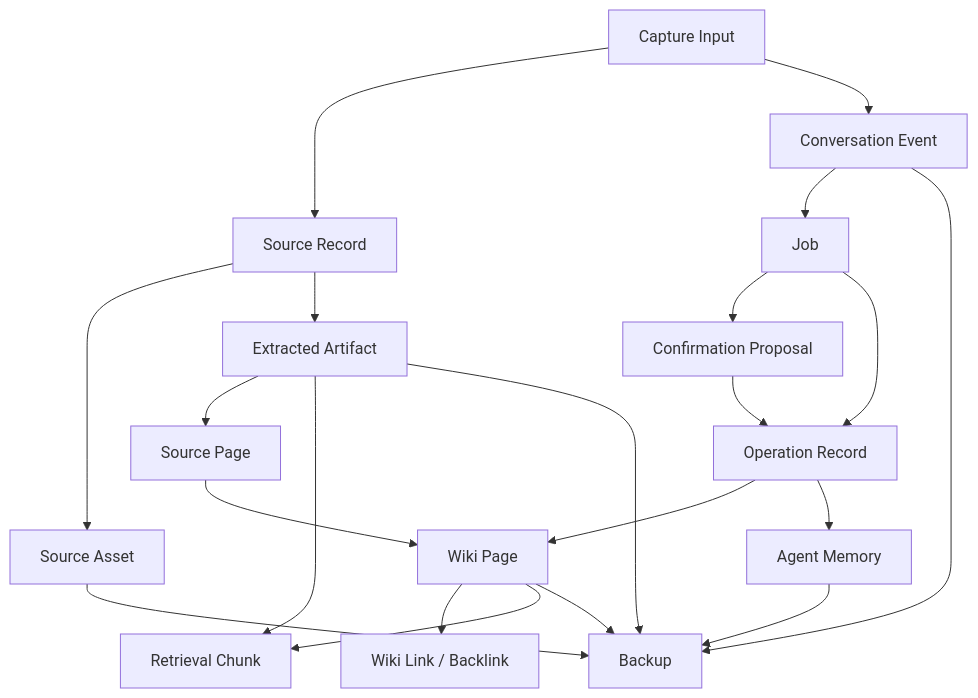
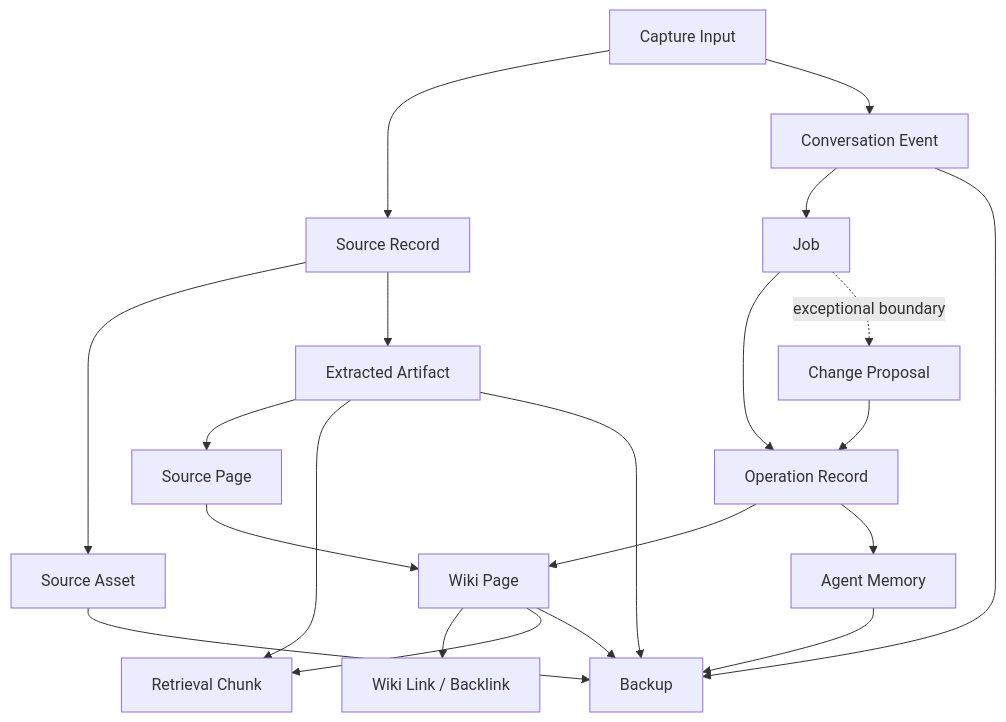
One commit to YinsenW/Pige changed the diagram in docs/DOMAIN_MODEL.md. Above: the diagram before and after it, drawn with Mermaid. The commit also changed other lines of this file and 62 other files, not shown here.

````diff
--- a/docs/DOMAIN_MODEL.md
+++ b/docs/DOMAIN_MODEL.md
@@ -14,23 +14,23 @@
 ```mermaid
 flowchart TD
   Capture["Capture Input"] --> Source["Source Record"]
   Source --> SourceAsset["Source Asset"]
   Source --> Artifact["Extracted Artifact"]
   Artifact --> SourcePage["Source Page"]
   Artifact --> Chunk["Retrieval Chunk"]
   SourcePage --> WikiPage["Wiki Page"]
   WikiPage --> Link["Wiki Link / Backlink"]
   WikiPage --> Chunk
   Capture --> Conversation["Conversation Event"]
   Conversation --> Job["Job"]
-  Job --> Proposal["Confirmation Proposal"]
   Job --> Operation["Operation Record"]
+  Job -. exceptional boundary .-> Proposal["Change Proposal"]
   Proposal --> Operation
   Operation --> WikiPage
   Operation --> Memory["Agent Memory"]
   WikiPage --> Backup["Backup"]
   SourceAsset --> Backup
   Artifact --> Backup
   Conversation --> Backup
   Memory --> Backup
 ```
````
